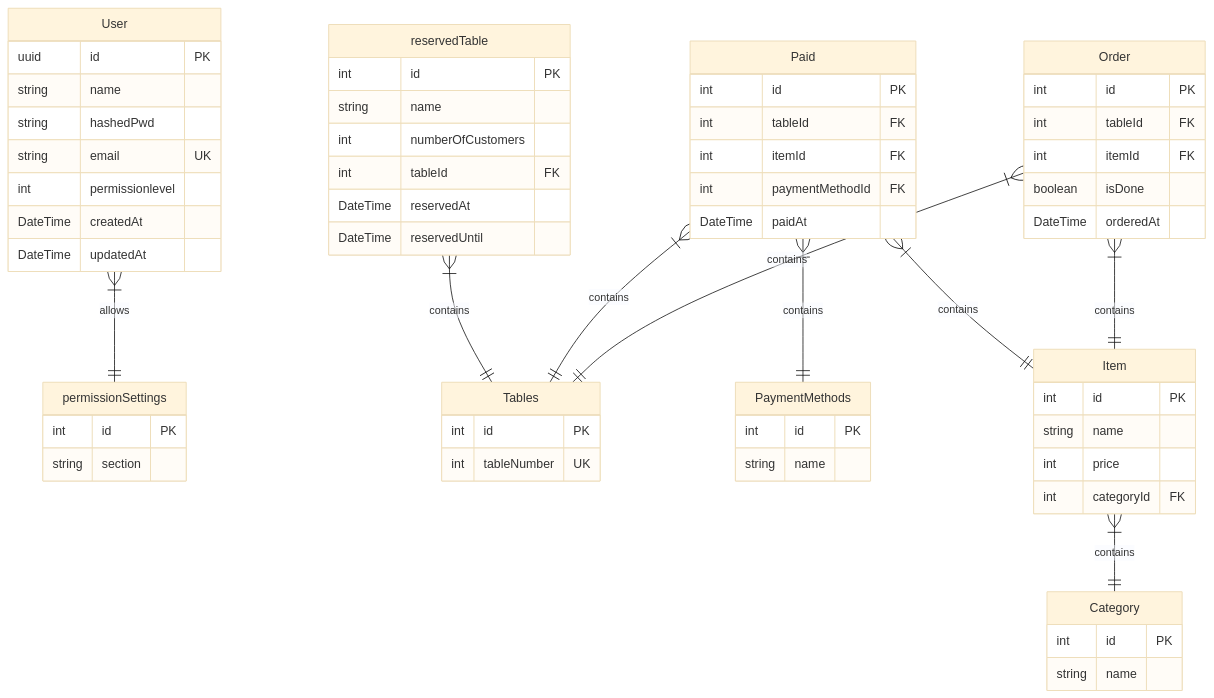
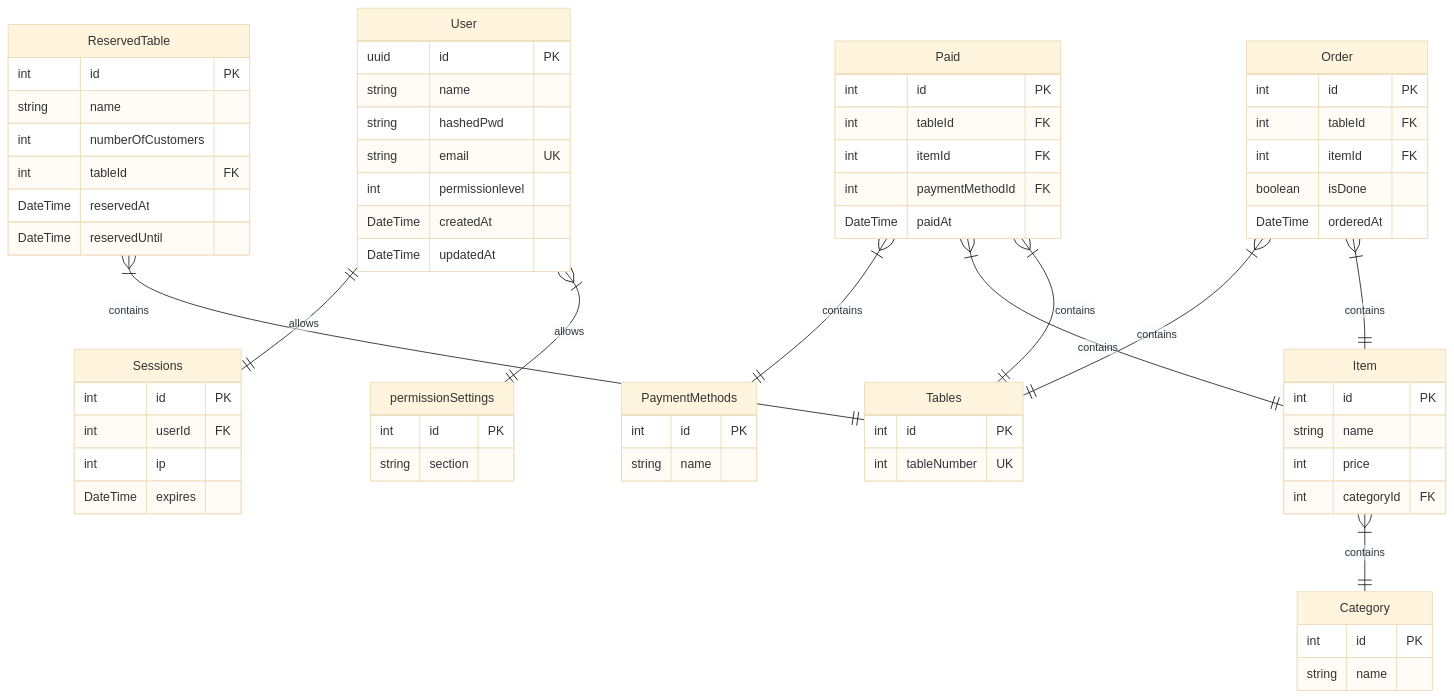
Before and after one commit to IWillSettYou/PlateMate: the diagram in Database/database.mermaid, drawn with Mermaid (base theme). The commit also changed 8 other files, not shown here.

```diff
--- a/Database/database.mermaid
+++ b/Database/database.mermaid
@@ -1,72 +1,80 @@
 erDiagram
 
 User{
     uuid id PK
     string name
     string hashedPwd
     string email UK
     int permissionlevel
     DateTime createdAt
     DateTime updatedAt
 }
 
 permissionSettings{
     int id PK
     string section
 }
 
 Tables{
     int id PK
     int tableNumber UK
 }
 
 PaymentMethods{
     int id PK
     string name 
 }
 
 Category{
     int id PK
     string name
 }
 
 Item{
     int id PK
     string name
     int price
     int categoryId FK
 }
 
 Paid{
     int id PK
     int tableId FK 
     int itemId FK
     int paymentMethodId FK
     DateTime paidAt
 }
 
 Order{
     int id PK
     int tableId FK
     int itemId FK
     boolean isDone
     DateTime orderedAt
 }
 
-reservedTable{
+ReservedTable{
     int id PK
     string name
     int numberOfCustomers
     int tableId FK
     DateTime reservedAt 
     DateTime reservedUntil 
 }
 
+Sessions{
+    int id PK
+    int userId FK
+    int ip
+    DateTime expires
+}
+
 Order}|--||Item:contains
 Order}|--||Tables:contains
 Paid}|--||Tables:contains
 Paid}|--||Item:contains
 Item}|--||Category:contains
-reservedTable}|--||Tables:contains
+ReservedTable}|--||Tables:contains
 Paid}|--||PaymentMethods:contains
 User}|--||permissionSettings:allows
+User||--||Sessions:allows
```
